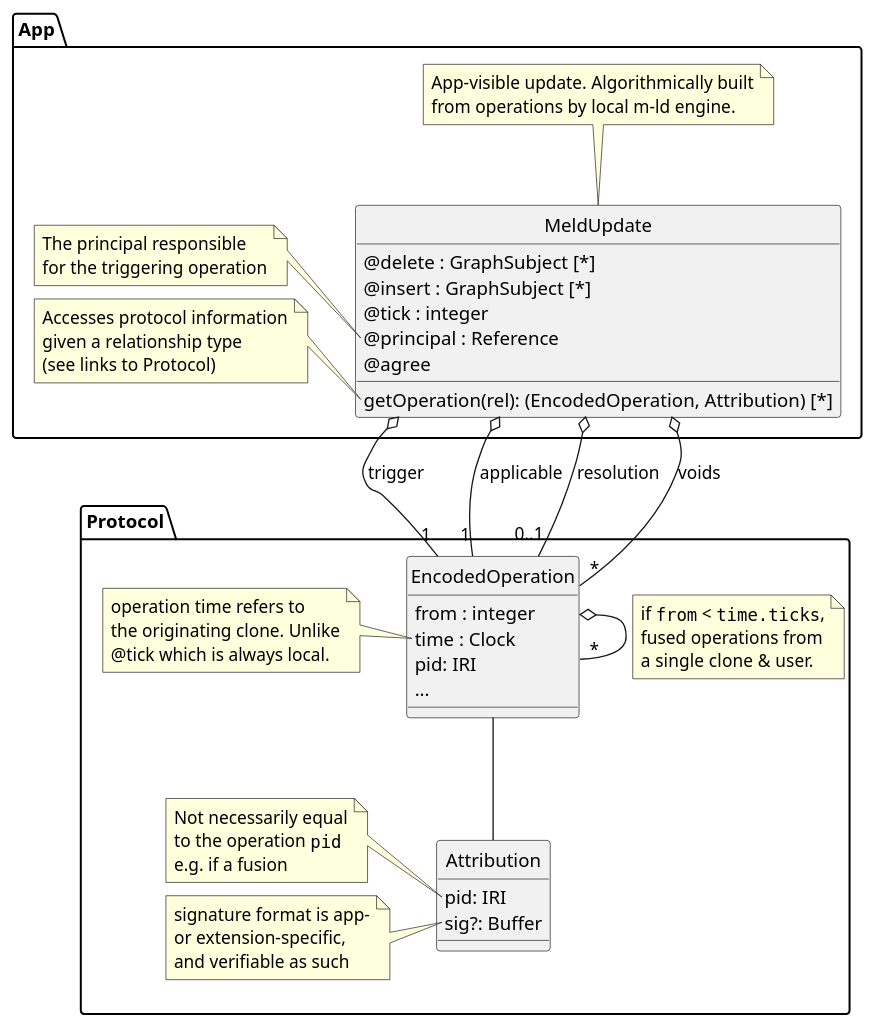
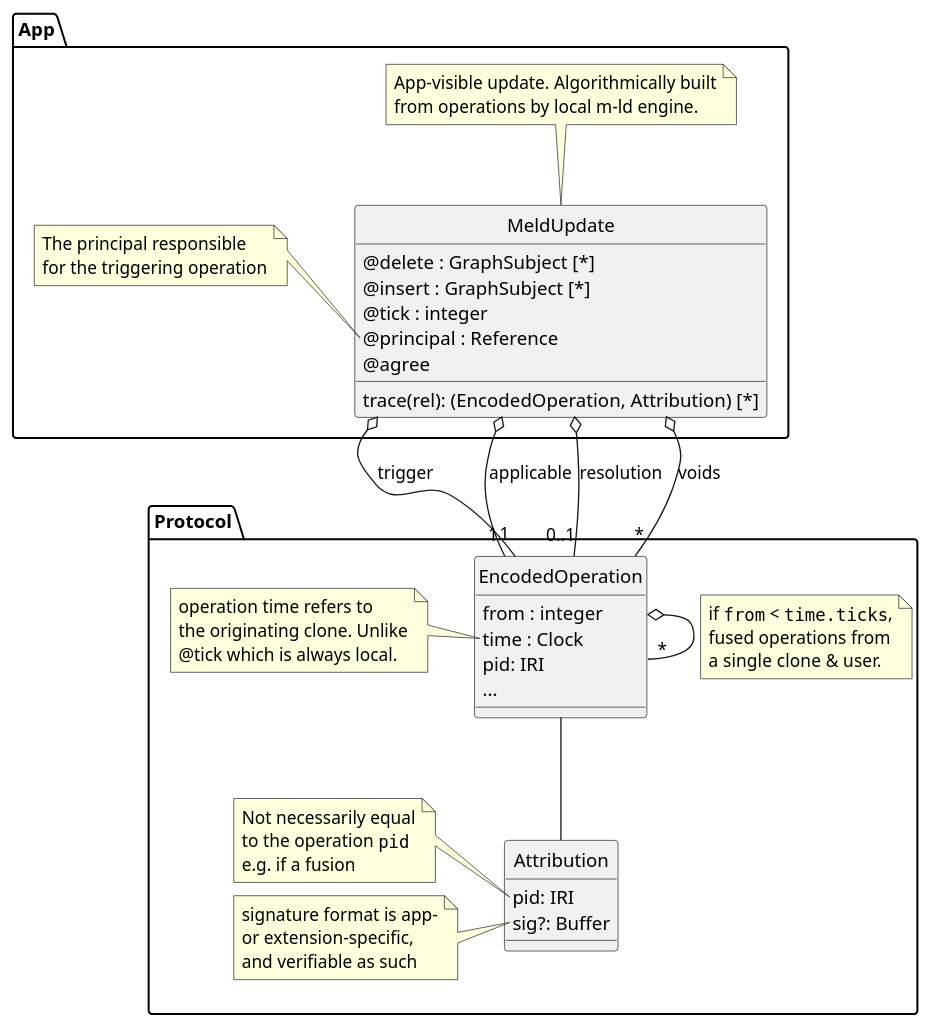
The diagram in design/update.class.puml (m-ld/m-ld-security-spec), drawn with PlantUML before and after one commit. The commit also changed 2 other files, not shown here.

```diff
--- a/design/update.class.puml
+++ b/design/update.class.puml
@@ -1,74 +1,77 @@
 @startuml
 'https://plantuml.com/class-diagram
 hide circle
 
 package App {
   class MeldUpdate {
     @delete : GraphSubject [*]
     @insert : GraphSubject [*]
     @tick : integer
     @principal : Reference
     @agree
-    getOperation(rel): (EncodedOperation, Attribution) [*]
+    trace(rel): (EncodedOperation, Attribution) [*]
   }
   note top of MeldUpdate
     App-visible update. Algorithmically built
     from operations by local m-ld engine.
   end note
+
   note left of MeldUpdate::principal
     The principal responsible
     for the triggering operation
   end note
+
   note left of MeldUpdate::getOperation
     Accesses protocol information
     given a relationship type
     (see links to Protocol)
   end note
 }
 
 package Protocol {
   class EncodedOperation {
     from : integer
     time : Clock
     pid: IRI
     ...
   }
   note left of EncodedOperation::time
     operation time refers to
     the originating clone. Unlike
     @tick which is always local.
   end note
   EncodedOperation -- Attribution
 
   class Attribution {
     pid: IRI
     sig?: Buffer
   }
   note left of Attribution::pid
     Not necessarily equal
     to the operation ""pid""
     e.g. if a fusion
   end note
+
   note left of Attribution::sig
     signature format is app-
     or extension-specific,
     and verifiable as such
   end note
 
   EncodedOperation o-- "*" EncodedOperation
   note on link
     if ""from"" < ""time.ticks"",
     fused operations from
     a single clone & user.
   end note
 }
 
 MeldUpdate o-- "1" EncodedOperation : trigger
 
 MeldUpdate o-- "1" EncodedOperation : applicable
 
 MeldUpdate o-- "0..1" EncodedOperation : resolution
 
 MeldUpdate o-- "*" EncodedOperation : voids
 
 @enduml
```
